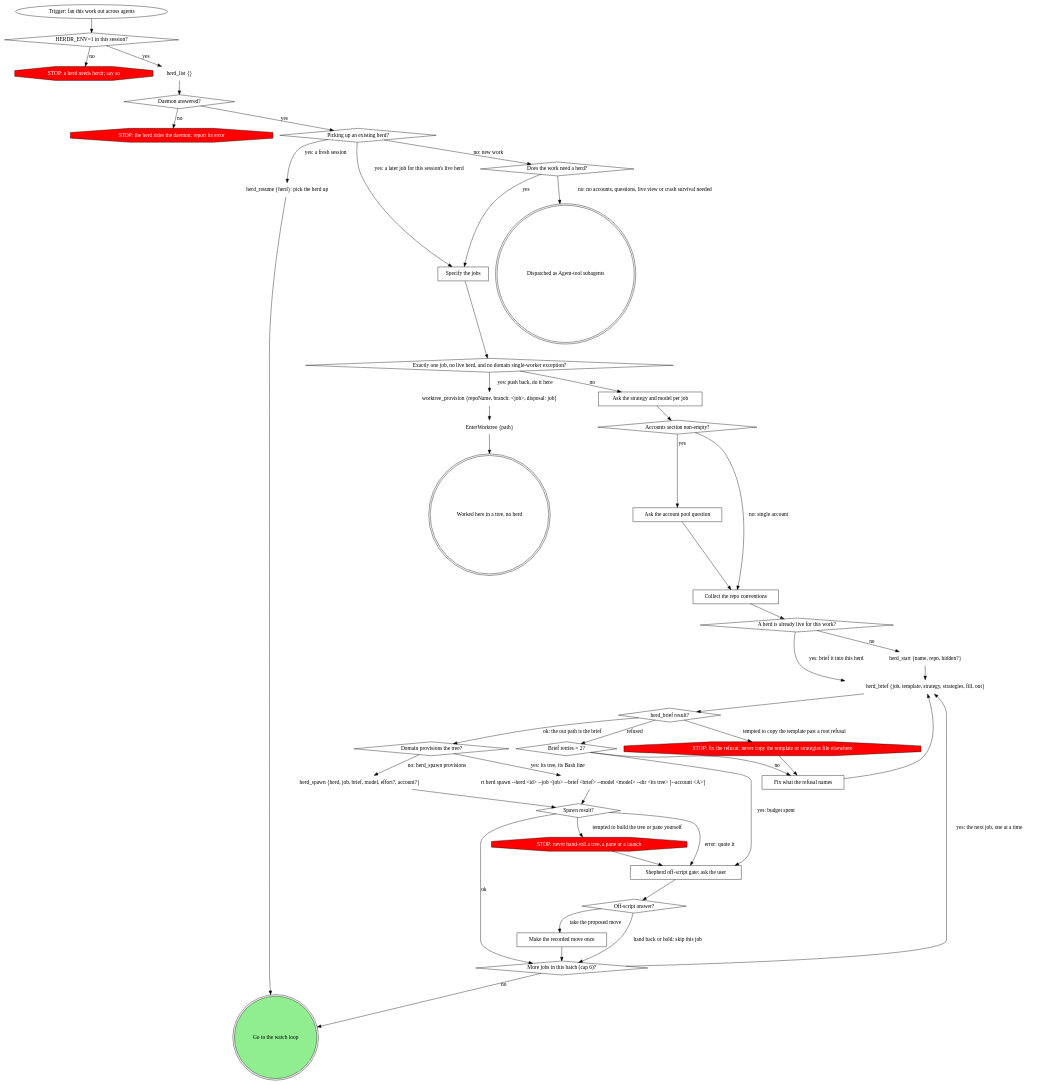
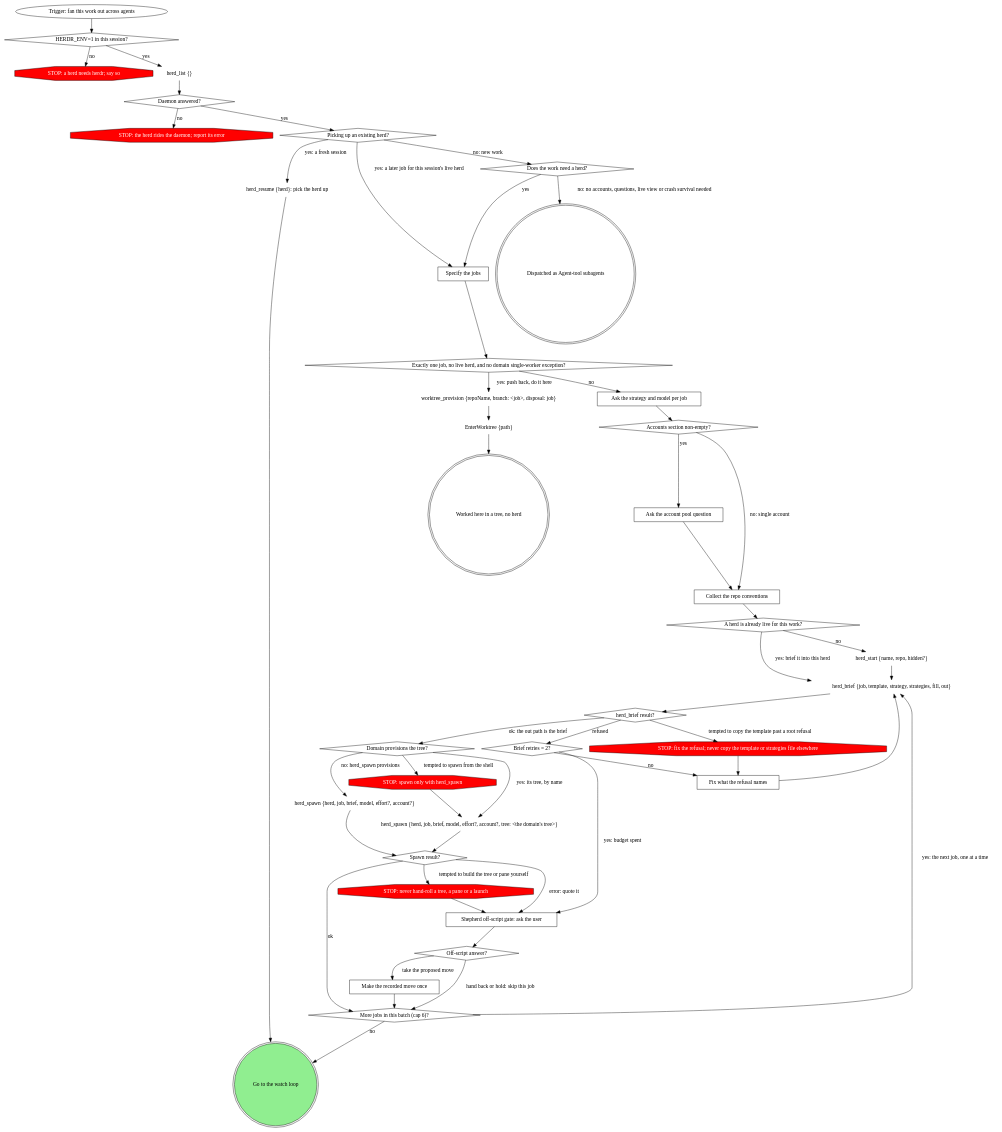
Before and after one commit to m4ttstack/mattstack: the first of 3 diagrams in plugins/mattstack/attachments/orchestration/shepherdr/SKILL.md, drawn with Graphviz. The commit also changed other lines of this file, not shown here.

Commit message:
shepherdr: spawn domain trees with herd_spawn {tree}

```diff
--- a/plugins/mattstack/attachments/orchestration/shepherdr/SKILL.md
+++ b/plugins/mattstack/attachments/orchestration/shepherdr/SKILL.md
@@ -105,7 +106,8 @@
     "STOP: fix the refusal; never copy the template or strategies file elsewhere" [shape=octagon style=filled fillcolor=red fontcolor=white];
     "Domain provisions the tree?" [shape=diamond];
     "herd_spawn {herd, job, brief, model, effort?, account?}" [shape=plaintext];
-    "rt herd spawn --herd <id> --job <job> --brief <brief> --model <model> --dir <its tree> [--account <A>]" [shape=plaintext]; // <!-- mcp-lint: allow -->
+    "herd_spawn {herd, job, brief, model, effort?, account?, tree: <the domain's tree>}" [shape=plaintext];
+    "STOP: spawn only with herd_spawn" [shape=octagon style=filled fillcolor=red fontcolor=white];
     "Spawn result?" [shape=diamond];
     "STOP: never hand-roll a tree, a pane or a launch" [shape=octagon style=filled fillcolor=red fontcolor=white];
     "Shepherd off-script gate: ask the user" [shape=box];
@@ -148,9 +150,11 @@
     "Brief retries = 2?" -> "Shepherd off-script gate: ask the user" [label="yes: budget spent"];
     "Fix what the refusal names" -> "herd_brief {job, template, strategy, strategies, fill, out}";
     "Domain provisions the tree?" -> "herd_spawn {herd, job, brief, model, effort?, account?}" [label="no: herd_spawn provisions"];
-    "Domain provisions the tree?" -> "rt herd spawn --herd <id> --job <job> --brief <brief> --model <model> --dir <its tree> [--account <A>]" [label="yes: its tree, its Bash line"]; // <!-- mcp-lint: allow -->
+    "Domain provisions the tree?" -> "herd_spawn {herd, job, brief, model, effort?, account?, tree: <the domain's tree>}" [label="yes: its tree, by name"];
+    "Domain provisions the tree?" -> "STOP: spawn only with herd_spawn" [label="tempted to spawn from the shell"];
+    "STOP: spawn only with herd_spawn" -> "herd_spawn {herd, job, brief, model, effort?, account?, tree: <the domain's tree>}";
     "herd_spawn {herd, job, brief, model, effort?, account?}" -> "Spawn result?";
-    "rt herd spawn --herd <id> --job <job> --brief <brief> --model <model> --dir <its tree> [--account <A>]" -> "Spawn result?"; // <!-- mcp-lint: allow -->
+    "herd_spawn {herd, job, brief, model, effort?, account?, tree: <the domain's tree>}" -> "Spawn result?";
     "Spawn result?" -> "More jobs in this batch (cap 6)?" [label="ok"];
     "Spawn result?" -> "Shepherd off-script gate: ask the user" [label="error: quote it"];
     "Spawn result?" -> "STOP: never hand-roll a tree, a pane or a launch" [label="tempted to build the tree or pane yourself"];
```
